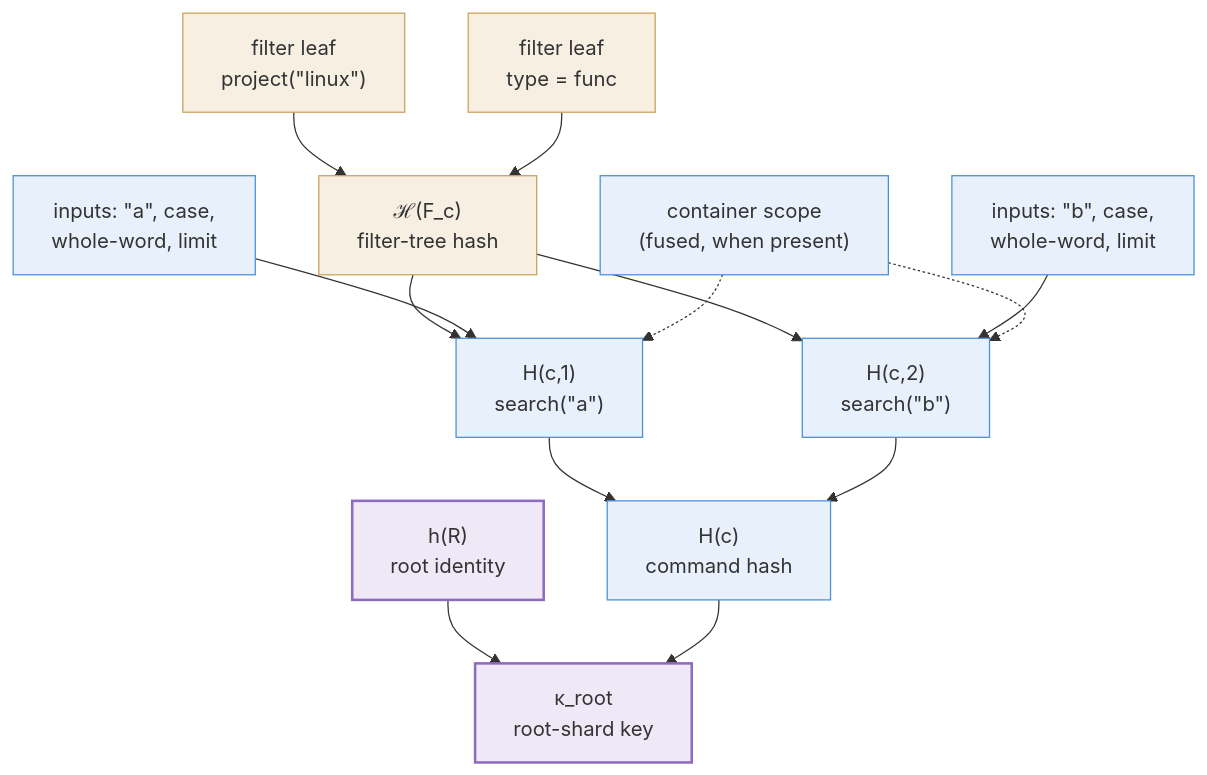
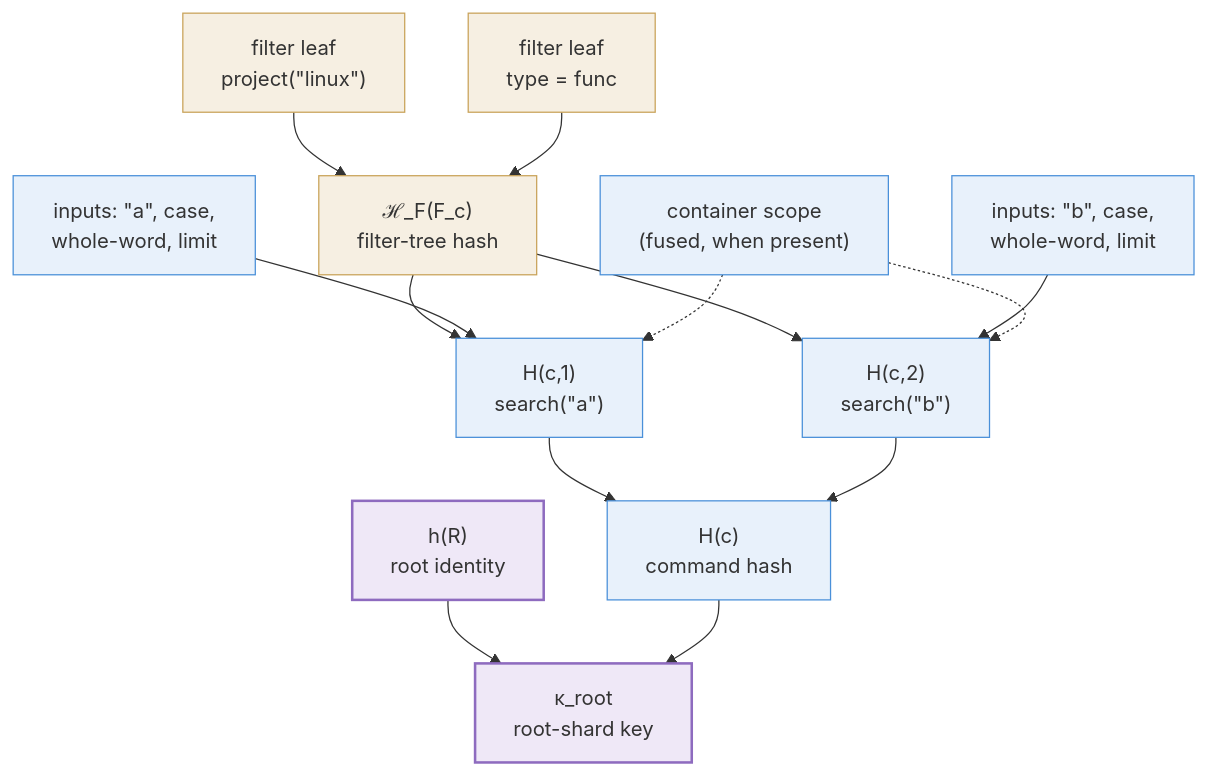
The diagram in content/docs/design/layer-keys.md (codevyr/codevyr.github.io), drawn with Mermaid before and after one commit. The commit also changed other lines of this file, not shown here.

````diff
--- a/content/docs/design/layer-keys.md
+++ b/content/docs/design/layer-keys.md
@@ -137,22 +171,22 @@
 ```mermaid
 graph TD
-    L1["filter leaf<br/>project(&quot;linux&quot;)"] --> F["ℋ(F_c)<br/>filter-tree hash"]
+    L1["filter leaf<br/>project(&quot;linux&quot;)"] --> F["ℋ_F(F_c)<br/>filter-tree hash"]
     L2["filter leaf<br/>type = func"] --> F
     F --> H1["H(c,1)<br/>search(&quot;a&quot;)"]
     F --> H2["H(c,2)<br/>search(&quot;b&quot;)"]
     I1["inputs: &quot;a&quot;, case,<br/>whole-word, limit"] --> H1
     I2["inputs: &quot;b&quot;, case,<br/>whole-word, limit"] --> H2
     PS["container scope<br/>(fused, when present)"] -.-> H1
     PS -.-> H2
     H1 --> HT["H(c)<br/>command hash"]
     H2 --> HT
     HR["h(R)<br/>root identity"] --> K["κ_root<br/>root-shard key"]
     HT --> K
 
     classDef filt fill:#f6efe2,stroke:#c9a35a;
     classDef verb fill:#e8f1fb,stroke:#4a90d9;
     classDef key fill:#efe8f7,stroke:#8e6bbf,stroke-width:2px;
     class L1,L2,F filt;
     class I1,I2,H1,H2,HT,PS verb;
     class HR,K key;
 ```
````
